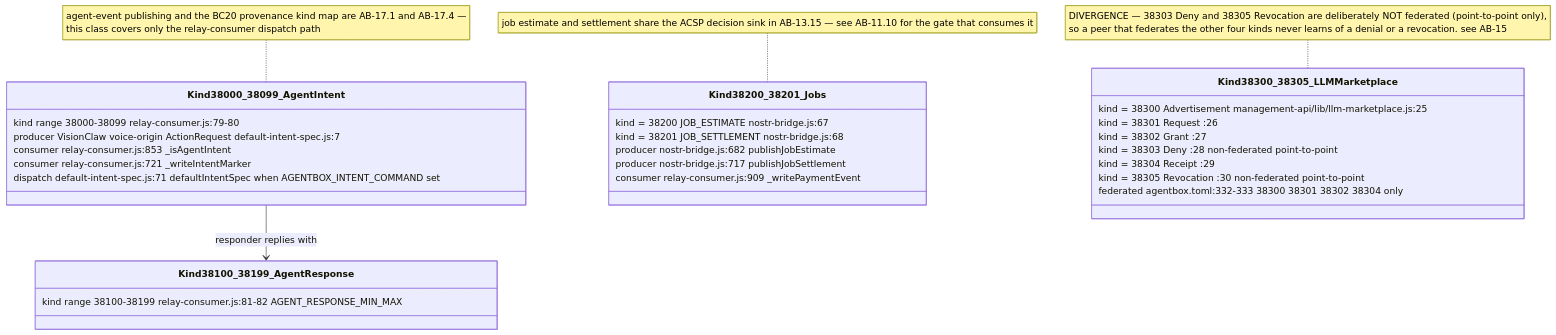
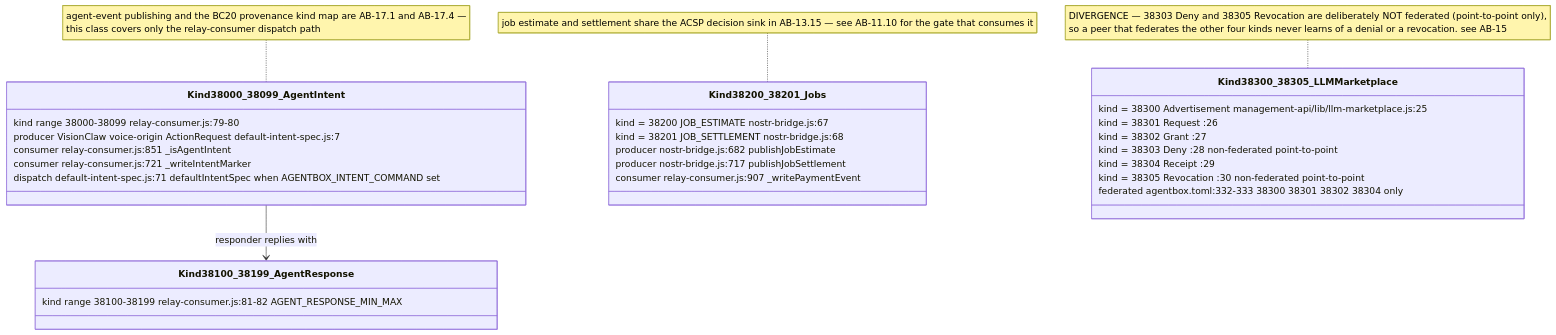
The sixth of 16 diagrams in docs/diagrams/agentbox/13-nostr-relay-gateway-bridge-mirror.md (DreamLab-AI/VisionFlow), drawn with Mermaid before and after one commit. The commit also changed other lines of this file and 173 other files, not shown here.

````diff
--- a/docs/diagrams/agentbox/13-nostr-relay-gateway-bridge-mirror.md
+++ b/docs/diagrams/agentbox/13-nostr-relay-gateway-bridge-mirror.md
@@ -234,33 +235,33 @@
 ```mermaid
 classDiagram
     class Kind38000_38099_AgentIntent {
         kind range 38000-38099 relay-consumer.js:79-80
         producer VisionClaw voice-origin ActionRequest default-intent-spec.js:7
-        consumer relay-consumer.js:853 _isAgentIntent
+        consumer relay-consumer.js:851 _isAgentIntent
         consumer relay-consumer.js:721 _writeIntentMarker
         dispatch default-intent-spec.js:71 defaultIntentSpec when AGENTBOX_INTENT_COMMAND set
     }
     class Kind38100_38199_AgentResponse {
         kind range 38100-38199 relay-consumer.js:81-82 AGENT_RESPONSE_MIN_MAX
     }
     class Kind38200_38201_Jobs {
         kind = 38200 JOB_ESTIMATE nostr-bridge.js:67
         kind = 38201 JOB_SETTLEMENT nostr-bridge.js:68
         producer nostr-bridge.js:682 publishJobEstimate
         producer nostr-bridge.js:717 publishJobSettlement
-        consumer relay-consumer.js:909 _writePaymentEvent
+        consumer relay-consumer.js:907 _writePaymentEvent
     }
     class Kind38300_38305_LLMMarketplace {
         kind = 38300 Advertisement management-api/lib/llm-marketplace.js:25
         kind = 38301 Request :26
         kind = 38302 Grant :27
         kind = 38303 Deny :28 non-federated point-to-point
         kind = 38304 Receipt :29
         kind = 38305 Revocation :30 non-federated point-to-point
         federated agentbox.toml:332-333 38300 38301 38302 38304 only
     }
     Kind38000_38099_AgentIntent --> Kind38100_38199_AgentResponse : responder replies with
     note for Kind38200_38201_Jobs "job estimate and settlement share the ACSP decision sink in AB-13.15 — see AB-11.10 for the gate that consumes it"
     note for Kind38000_38099_AgentIntent "agent-event publishing and the BC20 provenance kind map are AB-17.1 and AB-17.4 —<br/>this class covers only the relay-consumer dispatch path"
     note for Kind38300_38305_LLMMarketplace "DIVERGENCE — 38303 Deny and 38305 Revocation are deliberately NOT federated (point-to-point only),<br/>so a peer that federates the other four kinds never learns of a denial or a revocation. see AB-15"
 ```
````
